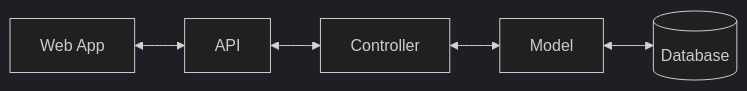
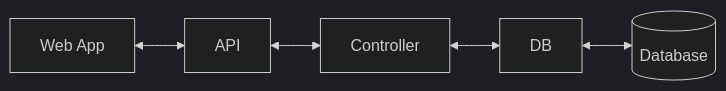
The diagram in README.md (cooper-gadd/bug-tracker), drawn with Mermaid (dark theme) before and after one commit.

````diff
--- a/README.md
+++ b/README.md
@@ -19,7 +19,7 @@
 ```mermaid
 graph LR
     A[Web App] <--> B[API]
     B <--> C[Controller]
-    C <--> D[Model]
+    C <--> D[DB]
     D <--> E[(Database)]
 ```
````
